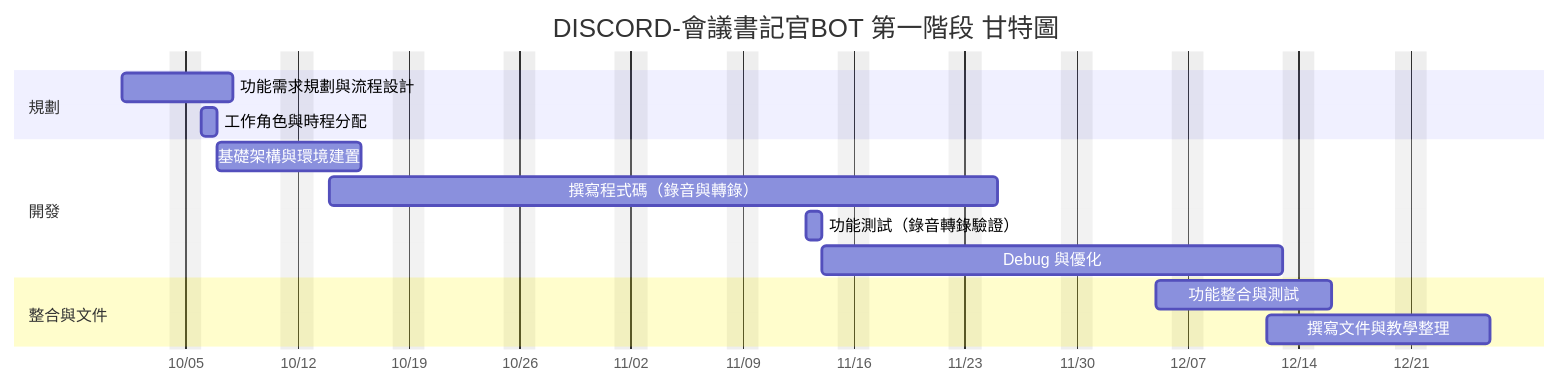
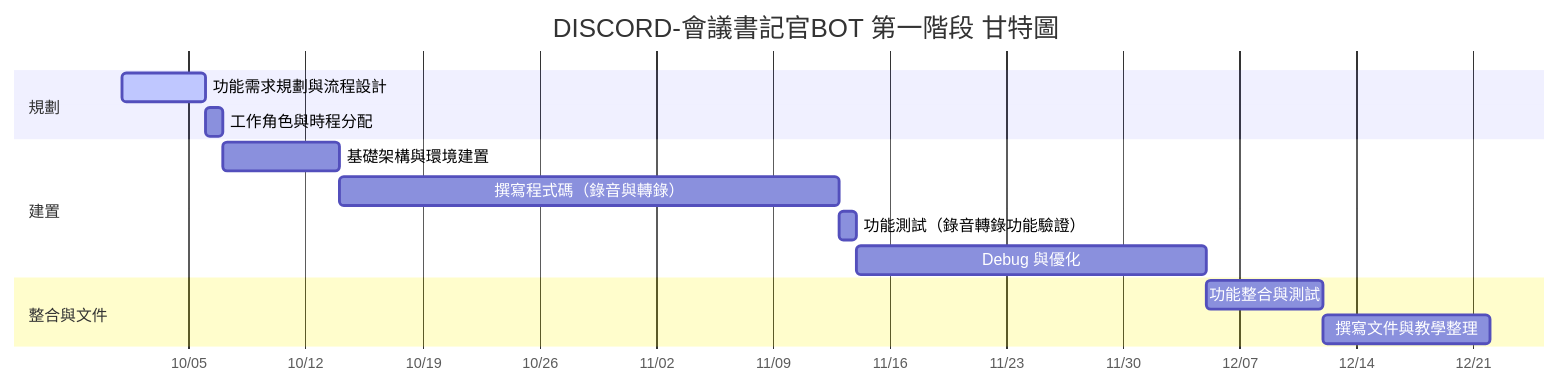
Before and after one commit to C112118249/Group-8: the second of 2 diagrams in 工作分配和進度規劃.md, drawn with Mermaid.

````diff
--- a/工作分配和進度規劃.md
+++ b/工作分配和進度規劃.md
@@ -43,29 +43,23 @@
 ```mermaid
-
-
-
 gantt
     title DISCORD-會議書記官BOT 第一階段 甘特圖
     dateFormat  YYYY-MM-DD
     axisFormat  %m/%d
-    excludes    weekends
 
-    %% 規劃階段
     section 規劃
-    功能需求規劃與流程設計       :des1, 2025-10-01, 5d
+    功能需求規劃與流程設計       :active, des1, 2025-10-01, 5d
     工作角色與時程分配           :des2, 2025-10-06, 1d
 
-    %% 建置階段
-    section 開發
+    section 建置
     基礎架構與環境建置           :des3, 2025-10-07, 7d
     撰寫程式碼（錄音與轉錄）     :des4, 2025-10-14, 30d
-    功能測試（錄音轉錄驗證）     :des5, 2025-11-13, 1d
+    功能測試（錄音轉錄功能驗證） :des5, 2025-11-13, 1d
     Debug 與優化                 :des6, 2025-11-14, 21d
 
-    %% 整合與文件
     section 整合與文件
     功能整合與測試               :des7, 2025-12-05, 7d
     撰寫文件與教學整理           :des8, 2025-12-12, 10d
 
 
+
 ``` 
````
